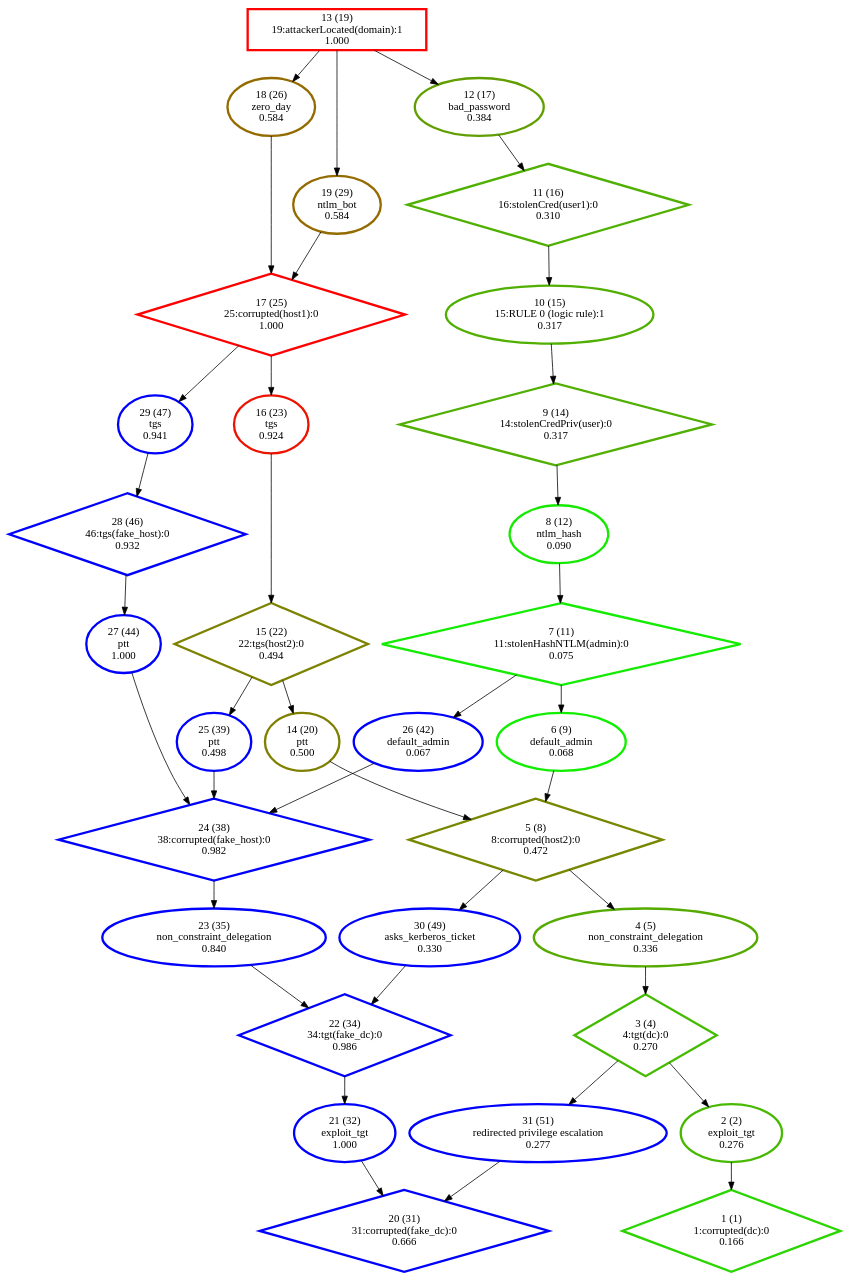
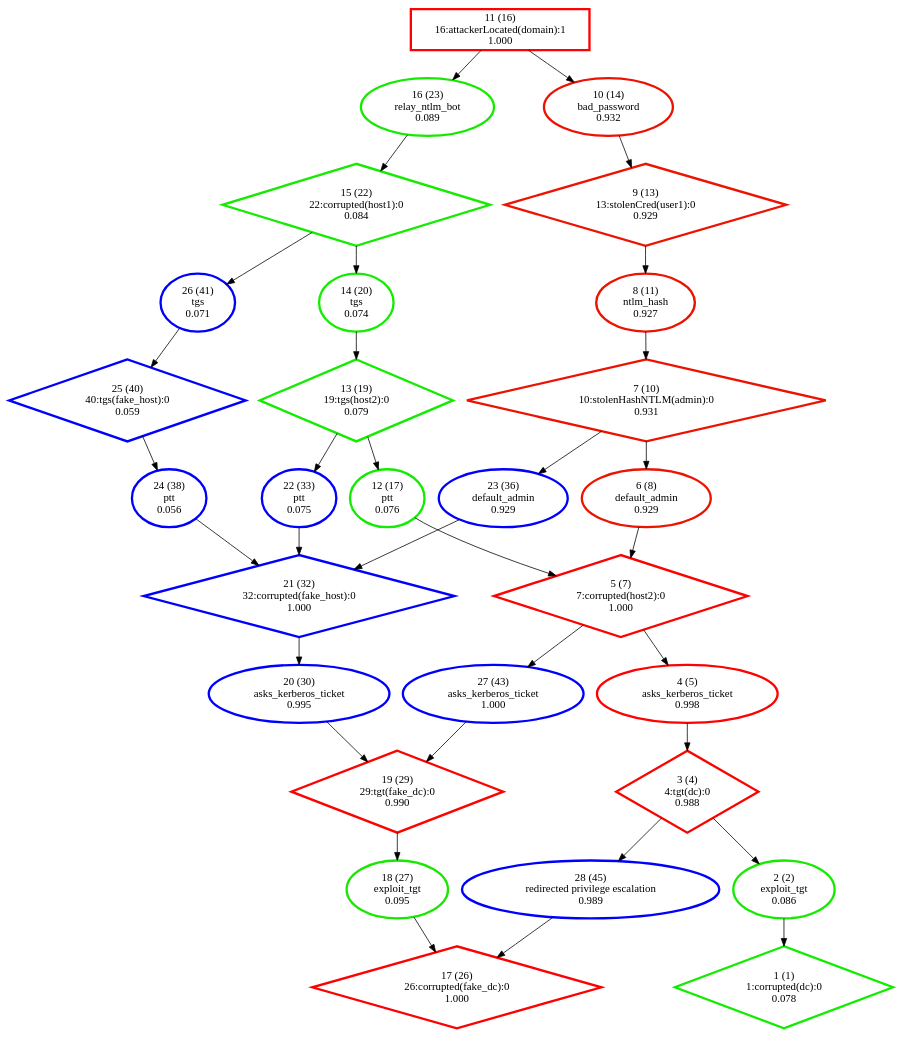
One commit to NathanaeldeLaChesnais/attacker_profiling_for_BAG_with_honeypots changed the diagram in Personnal_simulations/output_HightLevel/strongly_connected_components/output_21.dot. Above: the diagram before and after it, drawn with Graphviz. The commit also changed 34 other files, not shown here.

```diff
--- a/Personnal_simulations/output_HightLevel/strongly_connected_components/output_21.dot
+++ b/Personnal_simulations/output_HightLevel/strongly_connected_components/output_21.dot
@@ -1,69 +1,62 @@
 digraph G {
-  1 [label="1 (1)\n1:corrupted(dc):0\n0.166", color="#2AD500", penwidth=3, shape="diamond"];
-  2 [label="2 (2)\nexploit_tgt\n0.276", color="#46B900", penwidth=3, shape="ellipse"];
-  3 [label="3 (4)\n4:tgt(dc):0\n0.270", color="#44BB00", penwidth=3, shape="diamond"];
-  4 [label="4 (5)\nnon_constraint_delegation\n0.336", color="#55AA00", penwidth=3, shape="ellipse"];
-  5 [label="5 (8)\n8:corrupted(host2):0\n0.472", color="#788700", penwidth=3, shape="diamond"];
-  6 [label="6 (9)\ndefault_admin\n0.068", color="#11EE00", penwidth=3, shape="ellipse"];
-  7 [label="7 (11)\n11:stolenHashNTLM(admin):0\n0.075", color="#13EC00", penwidth=3, shape="diamond"];
-  8 [label="8 (12)\nntlm_hash\n0.090", color="#16E900", penwidth=3, shape="ellipse"];
-  9 [label="9 (14)\n14:stolenCredPriv(user):0\n0.317", color="#50AF00", penwidth=3, shape="diamond"];
-  10 [label="10 (15)\n15:RULE 0 (logic rule):1\n0.317", color="#50AF00", penwidth=3, shape="ellipse"];
-  11 [label="11 (16)\n16:stolenCred(user1):0\n0.310", color="#4FB000", penwidth=3, shape="diamond"];
-  12 [label="12 (17)\nbad_password\n0.384", color="#619E00", penwidth=3, shape="ellipse"];
-  13 [label="13 (19)\n19:attackerLocated(domain):1\n1.000", color="#FE0100", penwidth=3, shape="box"];
-  14 [label="14 (20)\nptt\n0.500", color="#7F8000", penwidth=3, shape="ellipse"];
-  15 [label="15 (22)\n22:tgs(host2):0\n0.494", color="#7D8200", penwidth=3, shape="diamond"];
-  16 [label="16 (23)\ntgs\n0.924", color="#EB1400", penwidth=3, shape="ellipse"];
-  17 [label="17 (25)\n25:corrupted(host1):0\n1.000", color="#FF0000", penwidth=3, shape="diamond"];
-  18 [label="18 (26)\nzero_day\n0.584", color="#946B00", penwidth=3, shape="ellipse"];
-  19 [label="19 (29)\nntlm_bot\n0.584", color="#946B00", penwidth=3, shape="ellipse"];
-  20 [label="20 (31)\n31:corrupted(fake_dc):0\n0.666", color="blue", penwidth=3, shape="diamond"];
-  21 [label="21 (32)\nexploit_tgt\n1.000", color="blue", penwidth=3, shape="ellipse"];
-  22 [label="22 (34)\n34:tgt(fake_dc):0\n0.986", color="blue", penwidth=3, shape="diamond"];
-  23 [label="23 (35)\nnon_constraint_delegation\n0.840", color="blue", penwidth=3, shape="ellipse"];
-  24 [label="24 (38)\n38:corrupted(fake_host):0\n0.982", color="blue", penwidth=3, shape="diamond"];
-  25 [label="25 (39)\nptt\n0.498", color="blue", penwidth=3, shape="ellipse"];
-  26 [label="26 (42)\ndefault_admin\n0.067", color="blue", penwidth=3, shape="ellipse"];
-  27 [label="27 (44)\nptt\n1.000", color="blue", penwidth=3, shape="ellipse"];
-  28 [label="28 (46)\n46:tgs(fake_host):0\n0.932", color="blue", penwidth=3, shape="diamond"];
-  29 [label="29 (47)\ntgs\n0.941", color="blue", penwidth=3, shape="ellipse"];
-  30 [label="30 (49)\nasks_kerberos_ticket\n0.330", color="blue", penwidth=3, shape="ellipse"];
-  31 [label="31 (51)\nredirected privilege escalation\n0.277", color="blue", penwidth=3, shape="ellipse"];
-  "13" -> "12";
-  "13" -> "18";
-  "13" -> "19";
-  "12" -> "11";
+  1 [label="1 (1)\n1:corrupted(dc):0\n0.078", color="#13EC00", penwidth=3, shape="diamond"];
+  2 [label="2 (2)\nexploit_tgt\n0.086", color="#15EA00", penwidth=3, shape="ellipse"];
+  3 [label="3 (4)\n4:tgt(dc):0\n0.988", color="#FB0400", penwidth=3, shape="diamond"];
+  4 [label="4 (5)\nasks_kerberos_ticket\n0.998", color="#FE0100", penwidth=3, shape="ellipse"];
+  5 [label="5 (7)\n7:corrupted(host2):0\n1.000", color="#FE0100", penwidth=3, shape="diamond"];
+  6 [label="6 (8)\ndefault_admin\n0.929", color="#EC1300", penwidth=3, shape="ellipse"];
+  7 [label="7 (10)\n10:stolenHashNTLM(admin):0\n0.931", color="#ED1200", penwidth=3, shape="diamond"];
+  8 [label="8 (11)\nntlm_hash\n0.927", color="#EC1300", penwidth=3, shape="ellipse"];
+  9 [label="9 (13)\n13:stolenCred(user1):0\n0.929", color="#EC1300", penwidth=3, shape="diamond"];
+  10 [label="10 (14)\nbad_password\n0.932", color="#ED1200", penwidth=3, shape="ellipse"];
+  11 [label="11 (16)\n16:attackerLocated(domain):1\n1.000", color="#FE0100", penwidth=3, shape="box"];
+  12 [label="12 (17)\nptt\n0.076", color="#13EC00", penwidth=3, shape="ellipse"];
+  13 [label="13 (19)\n19:tgs(host2):0\n0.079", color="#14EB00", penwidth=3, shape="diamond"];
+  14 [label="14 (20)\ntgs\n0.074", color="#12ED00", penwidth=3, shape="ellipse"];
+  15 [label="15 (22)\n22:corrupted(host1):0\n0.084", color="#15EA00", penwidth=3, shape="diamond"];
+  16 [label="16 (23)\nrelay_ntlm_bot\n0.089", color="#16E900", penwidth=3, shape="ellipse"];
+  17 [label="17 (26)\n26:corrupted(fake_dc):0\n1.000", color="#FF0000", penwidth=3, shape="diamond"];
+  18 [label="18 (27)\nexploit_tgt\n0.095", color="#18E700", penwidth=3, shape="ellipse"];
+  19 [label="19 (29)\n29:tgt(fake_dc):0\n0.990", color="#FC0300", penwidth=3, shape="diamond"];
+  20 [label="20 (30)\nasks_kerberos_ticket\n0.995", color="blue", penwidth=3, shape="ellipse"];
+  21 [label="21 (32)\n32:corrupted(fake_host):0\n1.000", color="blue", penwidth=3, shape="diamond"];
+  22 [label="22 (33)\nptt\n0.075", color="blue", penwidth=3, shape="ellipse"];
+  23 [label="23 (36)\ndefault_admin\n0.929", color="blue", penwidth=3, shape="ellipse"];
+  24 [label="24 (38)\nptt\n0.056", color="blue", penwidth=3, shape="ellipse"];
+  25 [label="25 (40)\n40:tgs(fake_host):0\n0.059", color="blue", penwidth=3, shape="diamond"];
+  26 [label="26 (41)\ntgs\n0.071", color="blue", penwidth=3, shape="ellipse"];
+  27 [label="27 (43)\nasks_kerberos_ticket\n1.000", color="blue", penwidth=3, shape="ellipse"];
+  28 [label="28 (45)\nredirected privilege escalation\n0.989", color="blue", penwidth=3, shape="ellipse"];
   "11" -> "10";
+  "11" -> "16";
   "10" -> "9";
   "9" -> "8";
   "8" -> "7";
   "7" -> "6";
-  "7" -> "26";
+  "7" -> "23";
   "6" -> "5";
   "5" -> "4";
-  "5" -> "30";
-  "18" -> "17";
-  "17" -> "16";
-  "17" -> "29";
-  "19" -> "17";
+  "5" -> "27";
   "16" -> "15";
   "15" -> "14";
-  "15" -> "25";
-  "14" -> "5";
+  "15" -> "26";
+  "14" -> "13";
+  "13" -> "12";
+  "13" -> "22";
+  "12" -> "5";
   "4" -> "3";
   "3" -> "2";
-  "3" -> "31";
+  "3" -> "28";
   "2" -> "1";
+  "22" -> "21";
+  "21" -> "20";
+  "23" -> "21";
+  "26" -> "25";
   "25" -> "24";
-  "24" -> "23";
-  "26" -> "24";
-  "29" -> "28";
-  "28" -> "27";
-  "27" -> "24";
-  "23" -> "22";
-  "22" -> "21";
-  "30" -> "22";
-  "21" -> "20";
-  "31" -> "20";
+  "24" -> "21";
+  "20" -> "19";
+  "19" -> "18";
+  "27" -> "19";
+  "18" -> "17";
+  "28" -> "17";
 }
```
